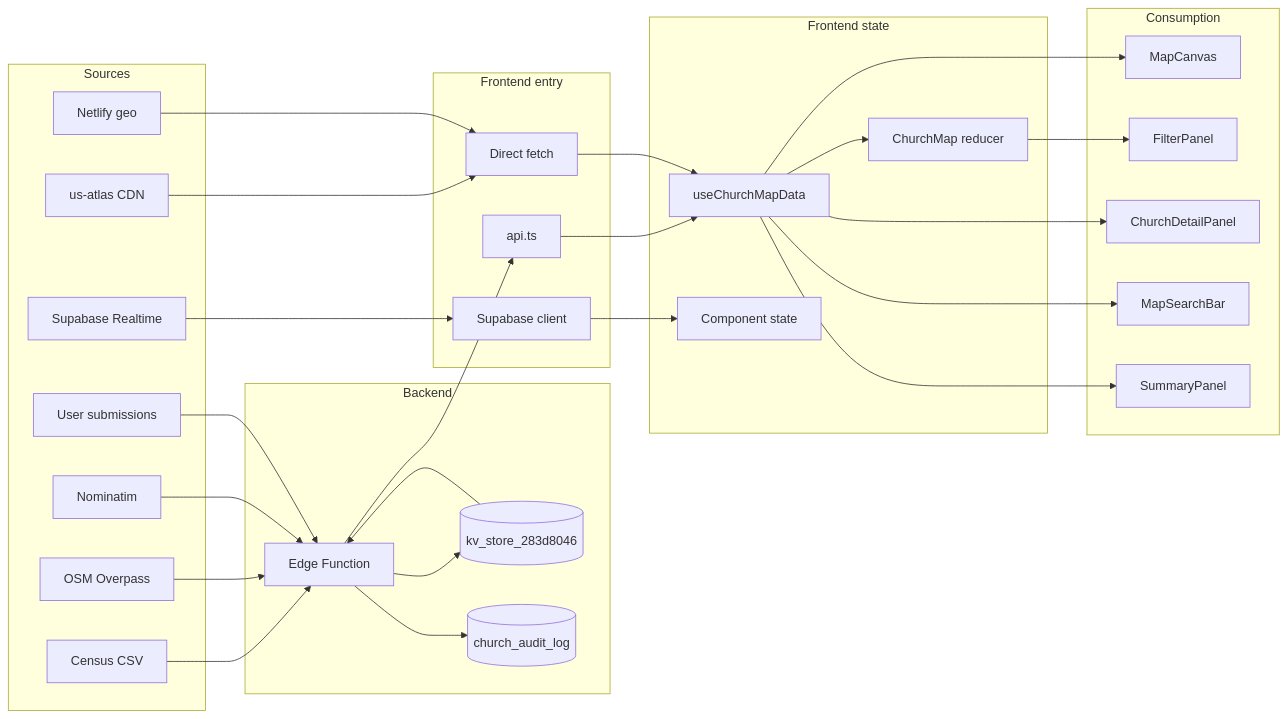
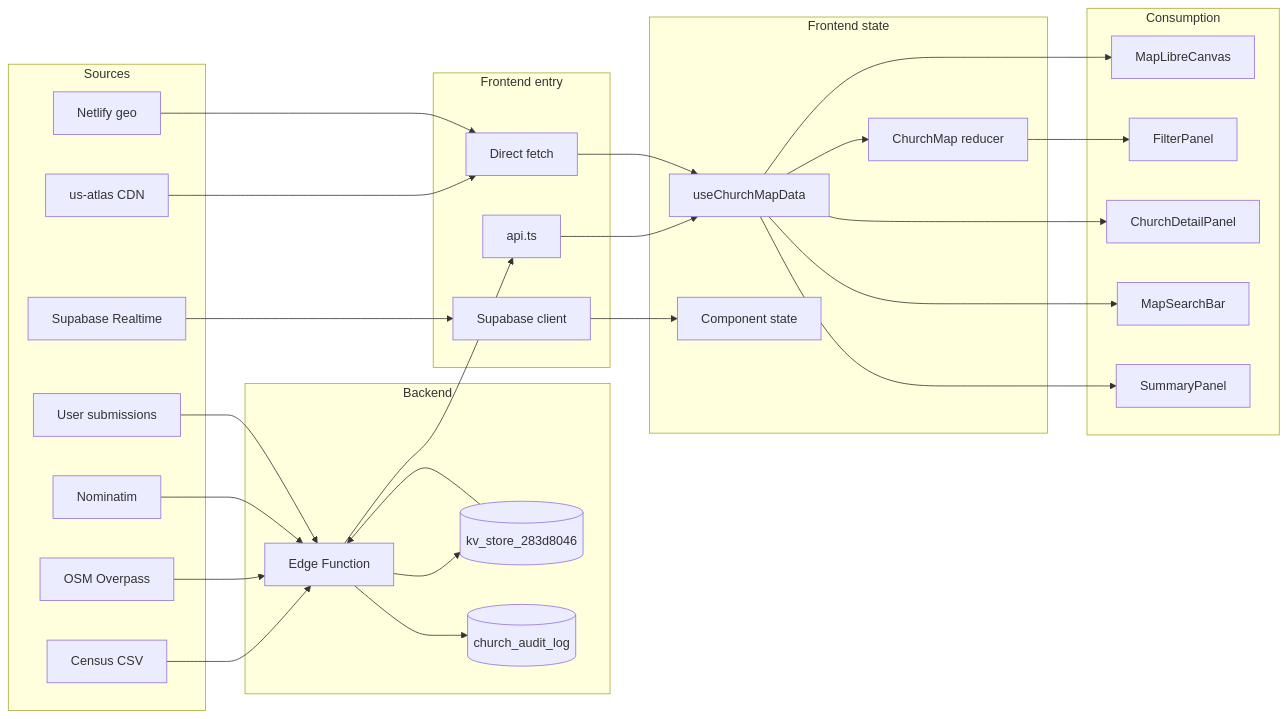
One commit to harvouscom/heresmychurch changed the diagram in docs/DATA-FLOW.md. Above: the diagram before and after it, drawn with Mermaid. The commit also changed other lines of this file and 3 other files, not shown here.

First line of the commit message:
Update docs for the MapLibre map

````diff
--- a/docs/DATA-FLOW.md
+++ b/docs/DATA-FLOW.md
@@ -9,54 +9,54 @@
 ```mermaid
 flowchart LR
   subgraph sources [Sources]
     Census[Census CSV]
     OSM[OSM Overpass]
     Nominatim[Nominatim]
     CDN[us-atlas CDN]
     NetlifyGeo[Netlify geo]
     UserSubmit[User submissions]
     Realtime[Supabase Realtime]
   end
   subgraph backend [Backend]
     Edge[Edge Function]
     KV[(kv_store_283d8046)]
     Audit[(church_audit_log)]
   end
   subgraph frontendEntry [Frontend entry]
     Api[api.ts]
     DirectFetch[Direct fetch]
     SupabaseClient[Supabase client]
   end
   subgraph frontendState [Frontend state]
     UseChurchMapData[useChurchMapData]
     ChurchMapReducer[ChurchMap reducer]
     ComponentState[Component state]
   end
   subgraph consumption [Consumption]
-    MapCanvas[MapCanvas]
+    MapLibreCanvas[MapLibreCanvas]
     FilterPanel[FilterPanel]
     ChurchDetailPanel[ChurchDetailPanel]
     MapSearchBar[MapSearchBar]
     SummaryPanel[SummaryPanel]
   end
   Census --> Edge
   OSM --> Edge
   Nominatim --> Edge
   UserSubmit --> Edge
   Edge --> KV
   Edge --> Audit
   CDN --> DirectFetch
   NetlifyGeo --> DirectFetch
   Realtime --> SupabaseClient
   KV --> Edge
   Edge --> Api
   Api --> UseChurchMapData
   DirectFetch --> UseChurchMapData
   SupabaseClient --> ComponentState
   UseChurchMapData --> ChurchMapReducer
-  UseChurchMapData --> MapCanvas
+  UseChurchMapData --> MapLibreCanvas
   ChurchMapReducer --> FilterPanel
   UseChurchMapData --> ChurchDetailPanel
   UseChurchMapData --> MapSearchBar
   UseChurchMapData --> SummaryPanel
 ```
````
